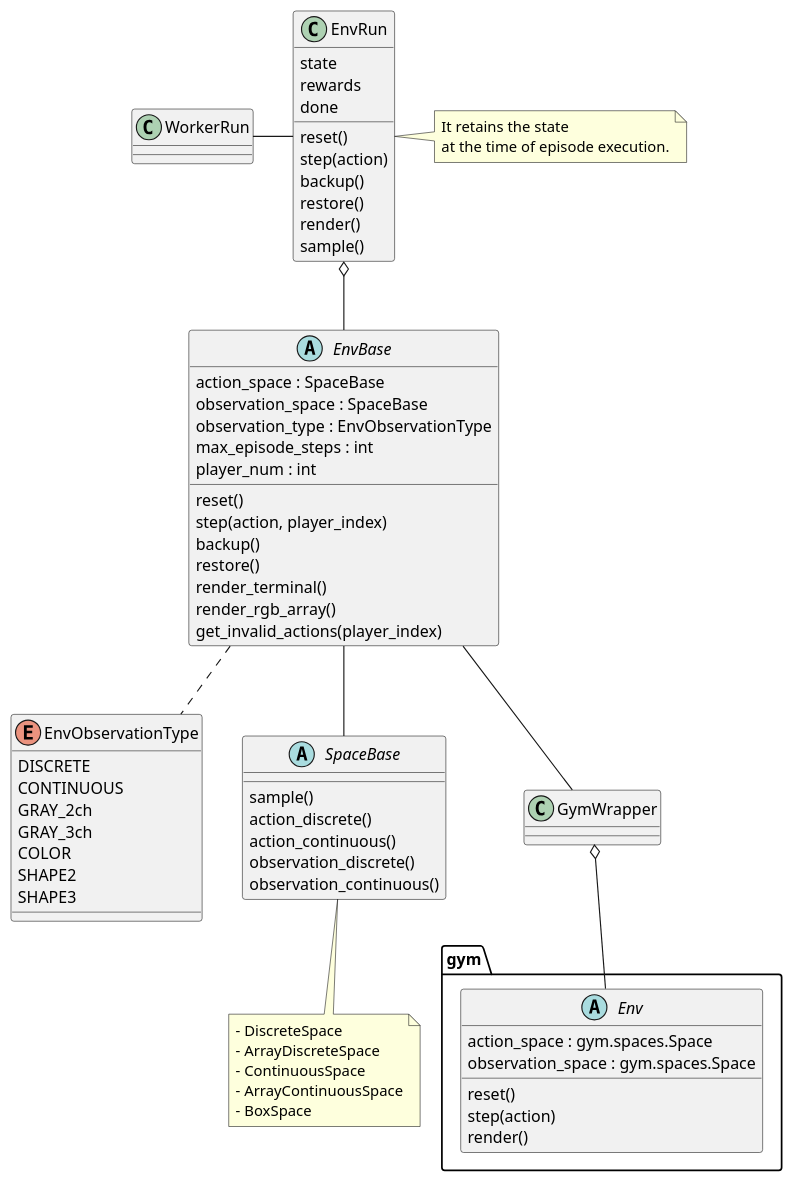
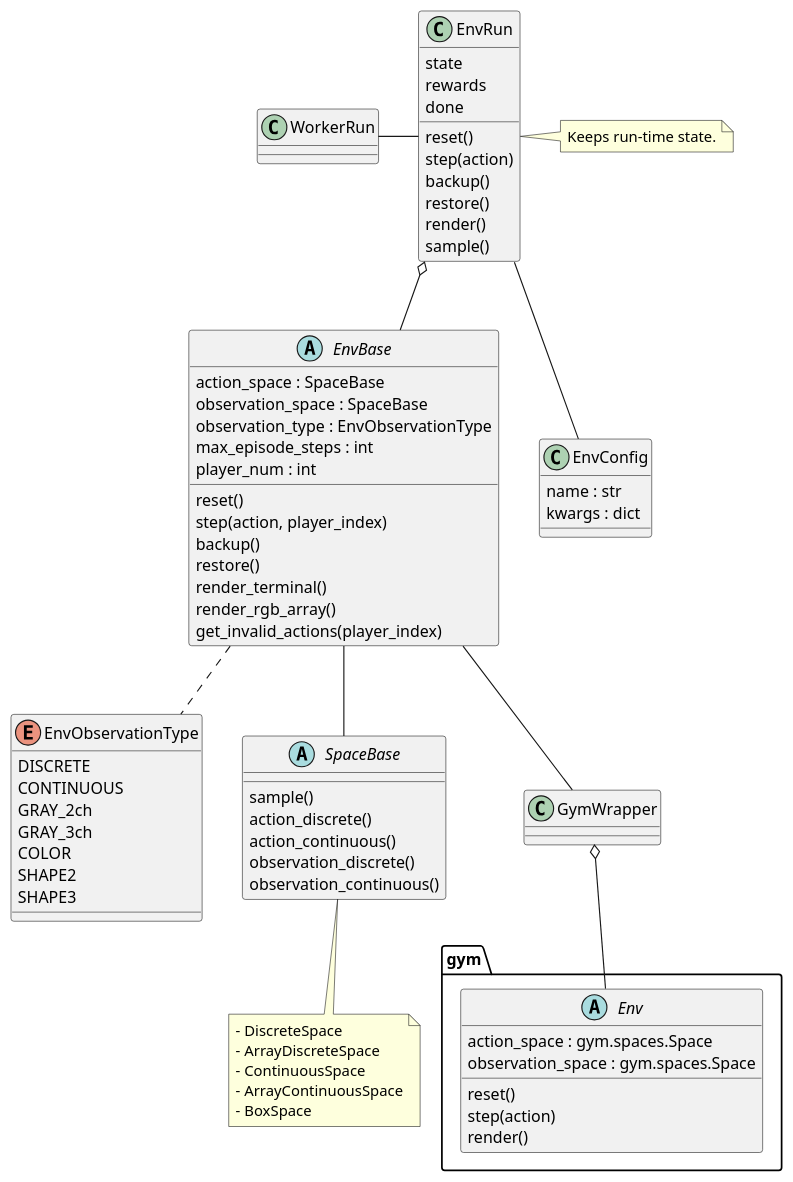
The diagram in diagrams/class_env.pu (pocokhc/simple_distributed_rl), drawn with PlantUML before and after one commit. The commit also changed 1 other file, not shown here.

Commit message:
EnvConfig追加

```diff
--- a/diagrams/class_env.pu
+++ b/diagrams/class_env.pu
@@ -1,89 +1,97 @@
 @startuml class_env
 
 enum EnvObservationType {
     DISCRETE
     CONTINUOUS
     GRAY_2ch
     GRAY_3ch
     COLOR
     SHAPE2
     SHAPE3
 }
 
 
 abstract SpaceBase {
     sample()
     action_discrete()
     action_continuous()
     observation_discrete()
     observation_continuous()
 }
 
 note as SpaceMemo
 - DiscreteSpace
 - ArrayDiscreteSpace
 - ContinuousSpace
 - ArrayContinuousSpace
 - BoxSpace
 end note
 
 SpaceBase <|-- SpaceMemo
 
 
 abstract EnvBase {
     action_space : SpaceBase
     observation_space : SpaceBase
     observation_type : EnvObservationType
     max_episode_steps : int
     player_num : int
     reset()
     step(action, player_index)
     backup()
     restore()
     render_terminal()
     render_rgb_array()
     get_invalid_actions(player_index)
 } 
 
 EnvBase .. EnvObservationType
 EnvBase -- SpaceBase
 
 
 abstract gym.Env {
     action_space : gym.spaces.Space
     observation_space : gym.spaces.Space
     reset()
     step(action)
     render()
 }
 class GymWrapper {}
 
 GymWrapper o-- gym.Env
 EnvBase -- GymWrapper
 
 abstract SpaceBase {
 
 }
 
+
 class EnvRun {
     state
     rewards
     done
     reset()
     step(action)
     backup()
     restore()
     render()
     sample()
 }
 EnvRun o-- EnvBase
 
-note "It retains the state \nat the time of episode execution." as EnvRunMemo
+note "Keeps run-time state." as EnvRunMemo
 EnvRun . EnvRunMemo
+
+
+class EnvConfig {
+    name : str
+    kwargs : dict
+}
+EnvRun -- EnvConfig
 
 
 class WorkerRun {}
 WorkerRun - EnvRun
 
 
 @enduml
```
